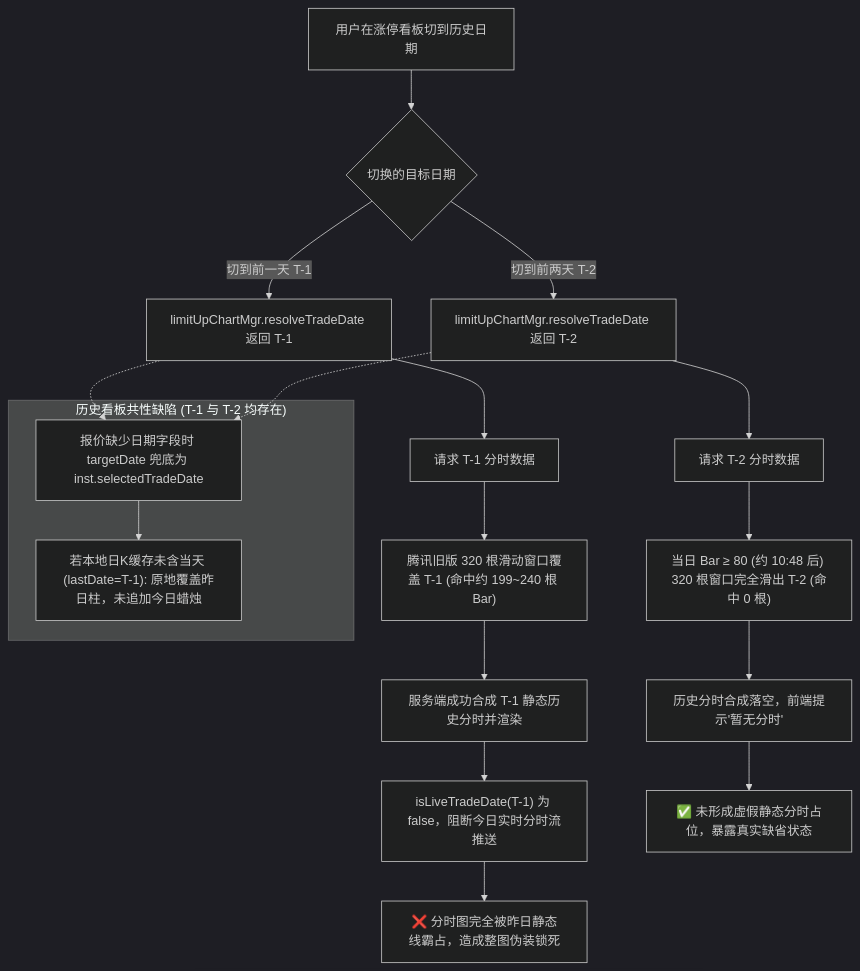
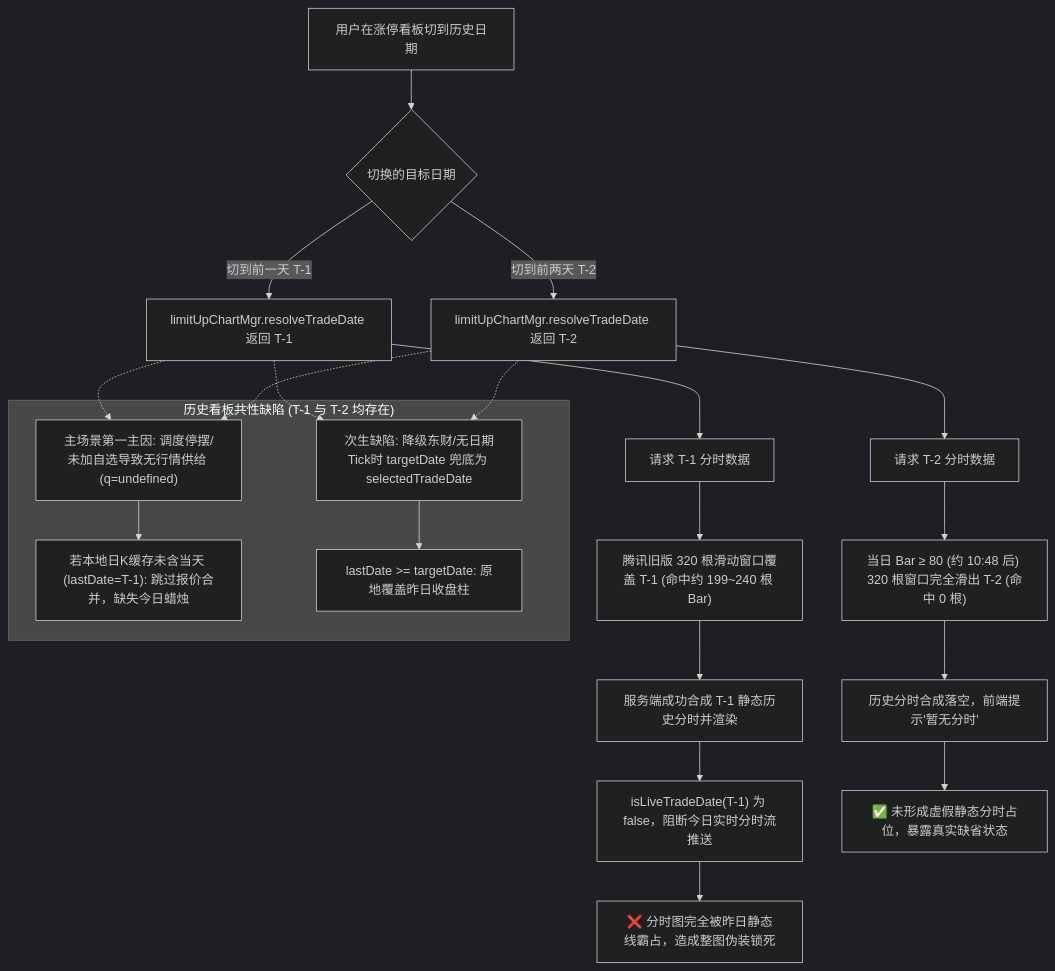
The diagram in docs/handoff/2026-09-14-limit-up-chart-date-flip-investigation-and-resolution-handoff.md (SeptYagu/market-voice-alert), drawn with Mermaid (dark theme) before and after one commit. The commit also changed other lines of this file, not shown here.

````diff
--- a/docs/handoff/2026-09-14-limit-up-chart-date-flip-investigation-and-resolution-handoff.md
+++ b/docs/handoff/2026-09-14-limit-up-chart-date-flip-investigation-and-resolution-handoff.md
@@ -16,24 +16,28 @@
 ```mermaid
 flowchart TD
     A["用户在涨停看板切到历史日期"] --> B{"切换的目标日期"}
     B -->|切到前一天 T-1| C["limitUpChartMgr.resolveTradeDate 返回 T-1"]
     B -->|切到前两天 T-2| D["limitUpChartMgr.resolveTradeDate 返回 T-2"]
     
     C --> E["请求 T-1 分时数据"]
     E --> F["腾讯旧版 320 根滑动窗口覆盖 T-1 (命中约 199~240 根 Bar)"]
     F --> G["服务端成功合成 T-1 静态历史分时并渲染"]
     G --> H["isLiveTradeDate(T-1) 为 false，阻断今日实时分时流推送"]
     H --> I["❌ 分时图完全被昨日静态线霸占，造成整图伪装锁死"]
 
     D --> J["请求 T-2 分时数据"]
     J --> K["当日 Bar ≥ 80 (约 10:48 后) 320 根窗口完全滑出 T-2 (命中 0 根)"]
     K --> L["历史分时合成落空，前端提示'暂无分时'"]
     L --> M["✅ 未形成虚假静态分时占位，暴露真实缺省状态"]
 
     subgraph 共性缺陷["历史看板共性缺陷 (T-1 与 T-2 均存在)"]
-        N["报价缺少日期字段时 targetDate 兜底为 inst.selectedTradeDate"]
-        N --> O["若本地日K缓存未含当天 (lastDate=T-1): 原地覆盖昨日柱，未追加今日蜡烛"]
+        N1["主场景第一主因: 调度停摆/未加自选导致无行情供给 (q=undefined)"]
+        N1 --> O1["若本地日K缓存未含当天 (lastDate=T-1): 跳过报价合并，缺失今日蜡烛"]
+        N2["次生缺陷: 降级东财/无日期Tick时 targetDate 兜底为 selectedTradeDate"]
+        N2 --> O2["lastDate >= targetDate: 原地覆盖昨日收盘柱"]
     end
-    C -.-> N
-    D -.-> N
+    C -.-> N1
+    D -.-> N1
+    C -.-> N2
+    D -.-> N2
 ```
````
